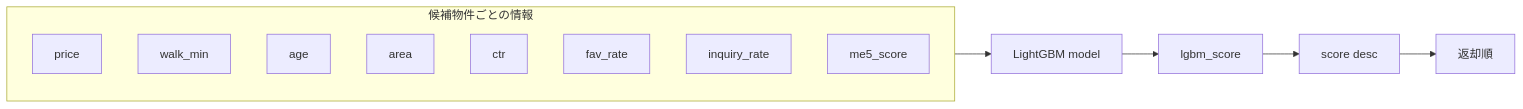
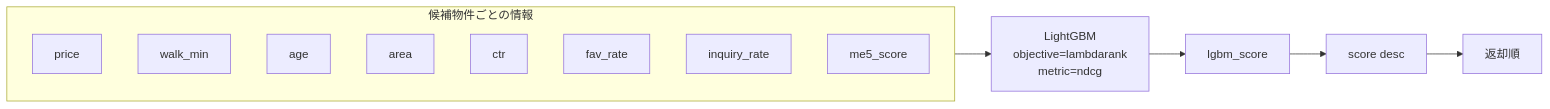
The fifth of 8 diagrams in docs/教育資料/05_図解.md (kurosawa-kuro/study-hybrid-search-local), drawn with Mermaid before and after one commit. The commit also changed other lines of this file and 3 other files, not shown here.

````diff
--- a/docs/教育資料/05_図解.md
+++ b/docs/教育資料/05_図解.md
@@ -116,18 +116,18 @@
 ```mermaid
 flowchart LR
     subgraph Candidate["候補物件ごとの情報"]
         A[price]
         B[walk_min]
         C[age]
         D[area]
         E[ctr]
         F[fav_rate]
         G[inquiry_rate]
         H[me5_score]
     end
 
-    Candidate --> LGBM[LightGBM model]
+    Candidate --> LGBM["LightGBM<br/>objective=lambdarank<br/>metric=ndcg"]
     LGBM --> Score[lgbm_score]
     Score --> Sort[score desc]
     Sort --> Top[返却順]
 ```
````
